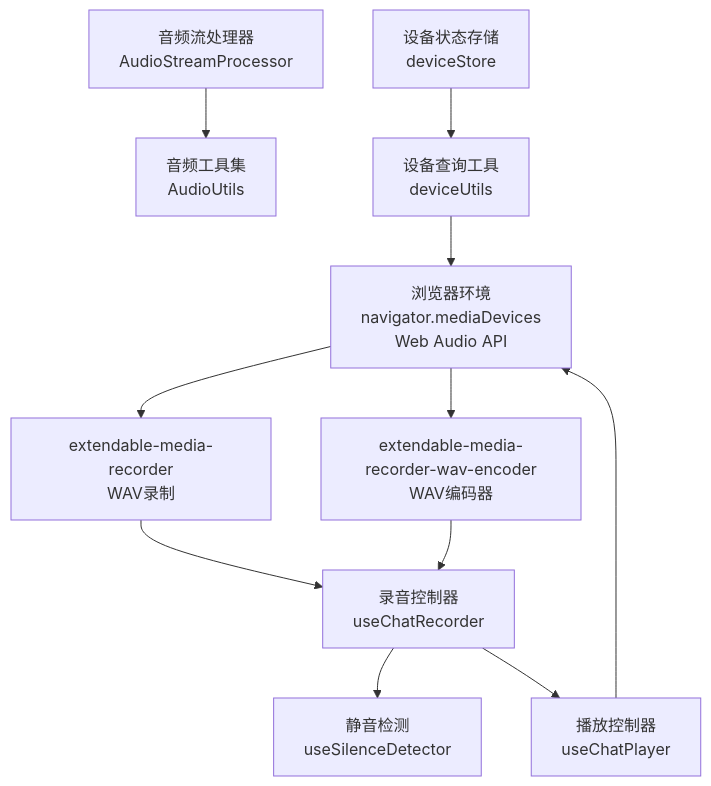
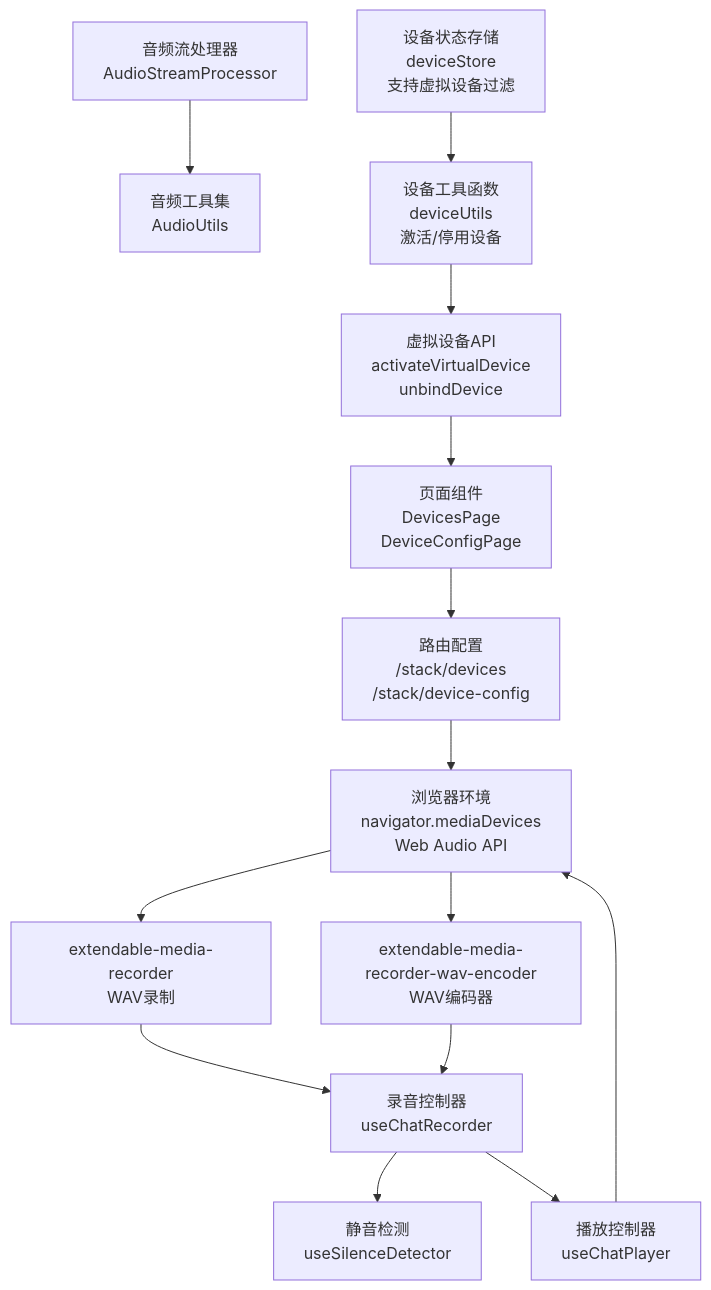
The second of 13 diagrams in .qoder/repowiki/zh/content/核心功能模块/设备与音频管理.md (le-bot-team/le-bot-frontend), drawn with Mermaid before and after one commit. The commit also changed other lines of this file and 217 other files, not shown here.

````diff
--- a/.qoder/repowiki/zh/content/核心功能模块/设备与音频管理.md
+++ b/.qoder/repowiki/zh/content/核心功能模块/设备与音频管理.md
@@ -120,23 +156,29 @@
 ```mermaid
 graph TB
 Browser["浏览器环境<br/>navigator.mediaDevices<br/>Web Audio API"]
 EMR["extendable-media-recorder<br/>WAV录制"]
 EME["extendable-media-recorder-wav-encoder<br/>WAV编码器"]
 Recorder["录音控制器<br/>useChatRecorder"]
 Player["播放控制器<br/>useChatPlayer"]
 Detector["静音检测<br/>useSilenceDetector"]
 Processor["音频流处理器<br/>AudioStreamProcessor"]
 Utils["音频工具集<br/>AudioUtils"]
-Store["设备状态存储<br/>deviceStore"]
-DeviceAPI["设备查询工具<br/>deviceUtils"]
+Store["设备状态存储<br/>deviceStore<br/>支持虚拟设备过滤"]
+DeviceAPI["设备工具函数<br/>deviceUtils<br/>激活/停用设备"]
+VirtualAPI["虚拟设备API<br/>activateVirtualDevice<br/>unbindDevice"]
+Pages["页面组件<br/>DevicesPage<br/>DeviceConfigPage"]
+Routes["路由配置<br/>/stack/devices<br/>/stack/device-config"]
 Browser --> EMR
 Browser --> EME
 EMR --> Recorder
 EME --> Recorder
 Recorder --> Detector
 Recorder --> Player
 Player --> Browser
 Processor --> Utils
 Store --> DeviceAPI
-DeviceAPI --> Browser
+DeviceAPI --> VirtualAPI
+VirtualAPI --> Pages
+Pages --> Routes
+Routes --> Browser
 ```
````
